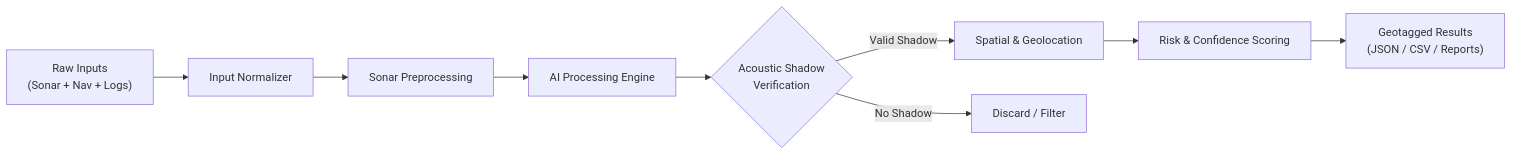
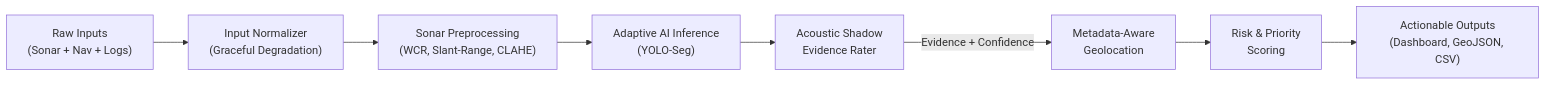
The first of 2 diagrams in README.md (RaghavKacker/Aqua-Sentinel), drawn with Mermaid before and after one commit. The commit also changed other lines of this file and 99 other files, not shown here.

````diff
--- a/README.md
+++ b/README.md
@@ -106,11 +106,10 @@
 ```mermaid
 flowchart LR
-    A["Raw Inputs<br/>(Sonar + Nav + Logs)"] --> B["Input Normalizer"]
-    B --> C["Sonar Preprocessing"]
-    C --> D["AI Processing Engine"]
-    D --> E{"Acoustic Shadow<br/>Verification"}
-    E -->|Valid Shadow| F["Spatial & Geolocation"]
-    E -->|No Shadow| X["Discard / Filter"]
-    F --> G["Risk & Confidence Scoring"]
-    G --> H["Geotagged Results<br/>(JSON / CSV / Reports)"]
+    A["Raw Inputs<br/>(Sonar + Nav + Logs)"] --> B["Input Normalizer<br/>(Graceful Degradation)"]
+    B --> C["Sonar Preprocessing<br/>(WCR, Slant-Range, CLAHE)"]
+    C --> D["Adaptive AI Inference<br/>(YOLO-Seg)"]
+    D --> E["Acoustic Shadow<br/>Evidence Rater"]
+    E -->|Evidence + Confidence| F["Metadata-Aware<br/>Geolocation"]
+    F --> G["Risk & Priority<br/>Scoring"]
+    G --> H["Actionable Outputs<br/>(Dashboard, GeoJSON, CSV)"]
 ```
````
